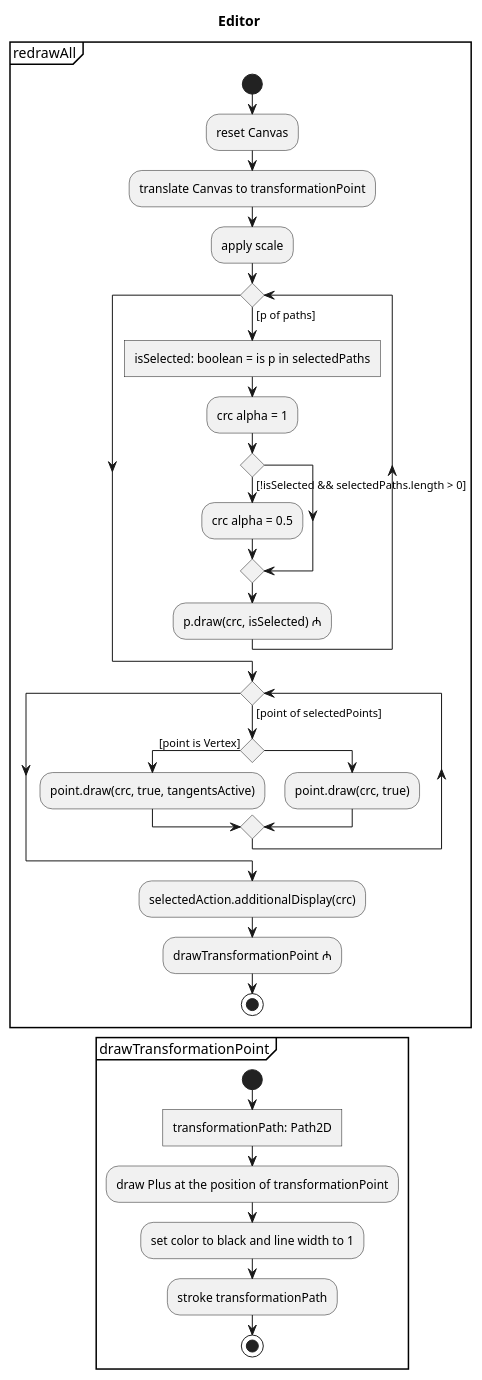
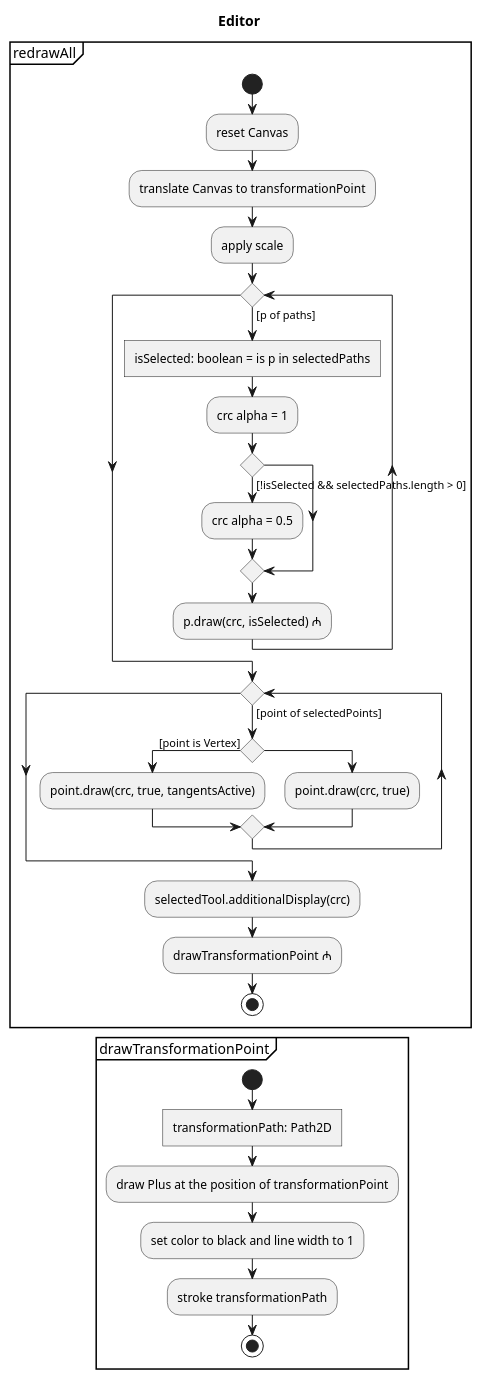
The diagram in Experiments/Lukas/VectorEditor/concept/Activities/Editor/redrawAll.puml (JirkaDellOro/FUDGE), drawn with PlantUML before and after one commit. The commit also changed 45 other files, not shown here.

```diff
--- a/Experiments/Lukas/VectorEditor/concept/Activities/Editor/redrawAll.puml
+++ b/Experiments/Lukas/VectorEditor/concept/Activities/Editor/redrawAll.puml
@@ -1,45 +1,45 @@
 @startuml redrawAll
 skinparam monochrome true
 
 title Editor
 
 partition redrawAll {
 	start
 	:reset Canvas;
 	:translate Canvas to transformationPoint;
 	:apply scale;
 
 	while() is ([p of paths])
 		:isSelected: boolean = is p in selectedPaths]
 			:crc alpha = 1;
 		if() then ([!isSelected && selectedPaths.length > 0])
 			:crc alpha = 0.5;
 		endif
 		:p.draw(crc, isSelected) ₼;
 	endwhile
 
 	while() is ([point of selectedPoints])
 		if() then ([point is Vertex])
 			:point.draw(crc, true, tangentsActive);
 		else
 			:point.draw(crc, true);
 		endif
 	endwhile
 
 	' :reset transformation;
-	:selectedAction.additionalDisplay(crc);
+	:selectedTool.additionalDisplay(crc);
 	:drawTransformationPoint ₼;
 
 	stop 
 }
 break
 
 partition drawTransformationPoint {
 	start
 	:transformationPath: Path2D]
 	:draw Plus at the position of transformationPoint;
 	:set color to black and line width to 1;
 	:stroke transformationPath;
 	stop
 }
 @enduml
```
